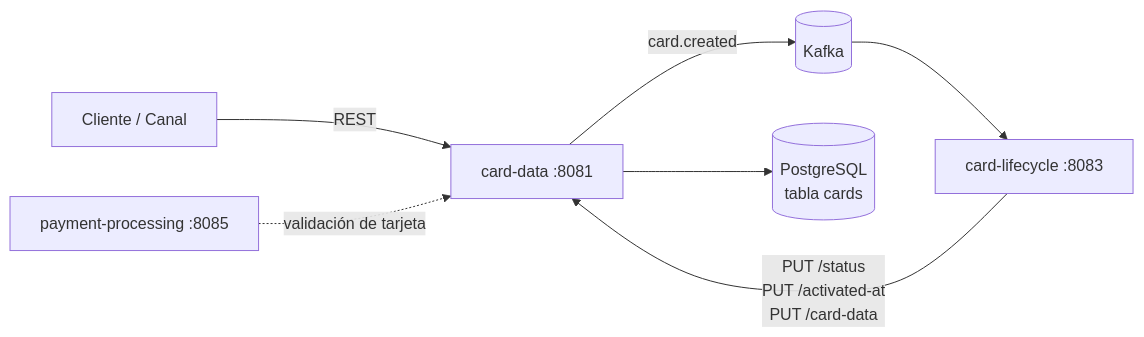
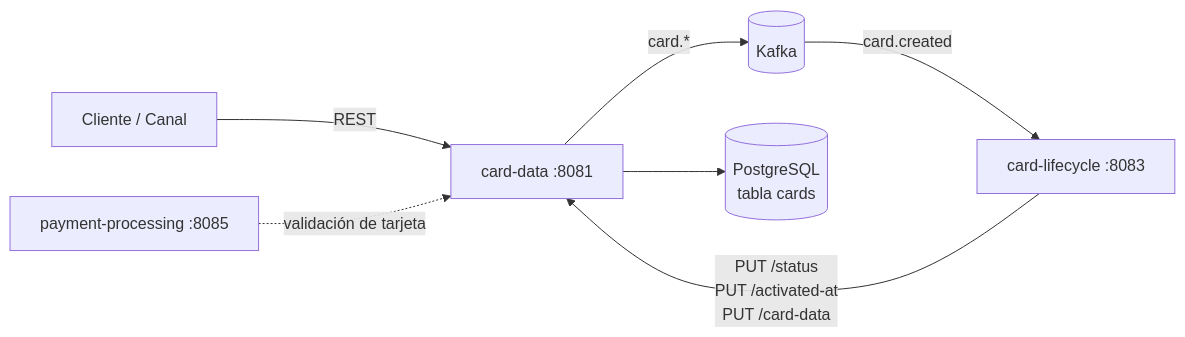
One commit to creditcard-managment/card-managment-service changed the first of 3 diagrams in docs/technical/DATA.md. Above: the diagram before and after it, drawn with Mermaid. The commit also changed other lines of this file and 3 other files, not shown here.

````diff
--- a/docs/technical/DATA.md
+++ b/docs/technical/DATA.md
@@ -22,9 +22,9 @@
 ```mermaid
 flowchart LR
     Client[Cliente / Canal] -->|REST| CD[card-data :8081]
-    CD -->|card.created| K[(Kafka)]
-    K --> CL[card-lifecycle :8083]
+    CD -->|card.*| K[(Kafka)]
+    K -->|card.created| CL[card-lifecycle :8083]
     CL -->|PUT /status<br/>PUT /activated-at<br/>PUT /card-data| CD
     PP[payment-processing :8085] -.->|validación de tarjeta| CD
     CD --> DB[(PostgreSQL<br/>tabla cards)]
 ```
````
